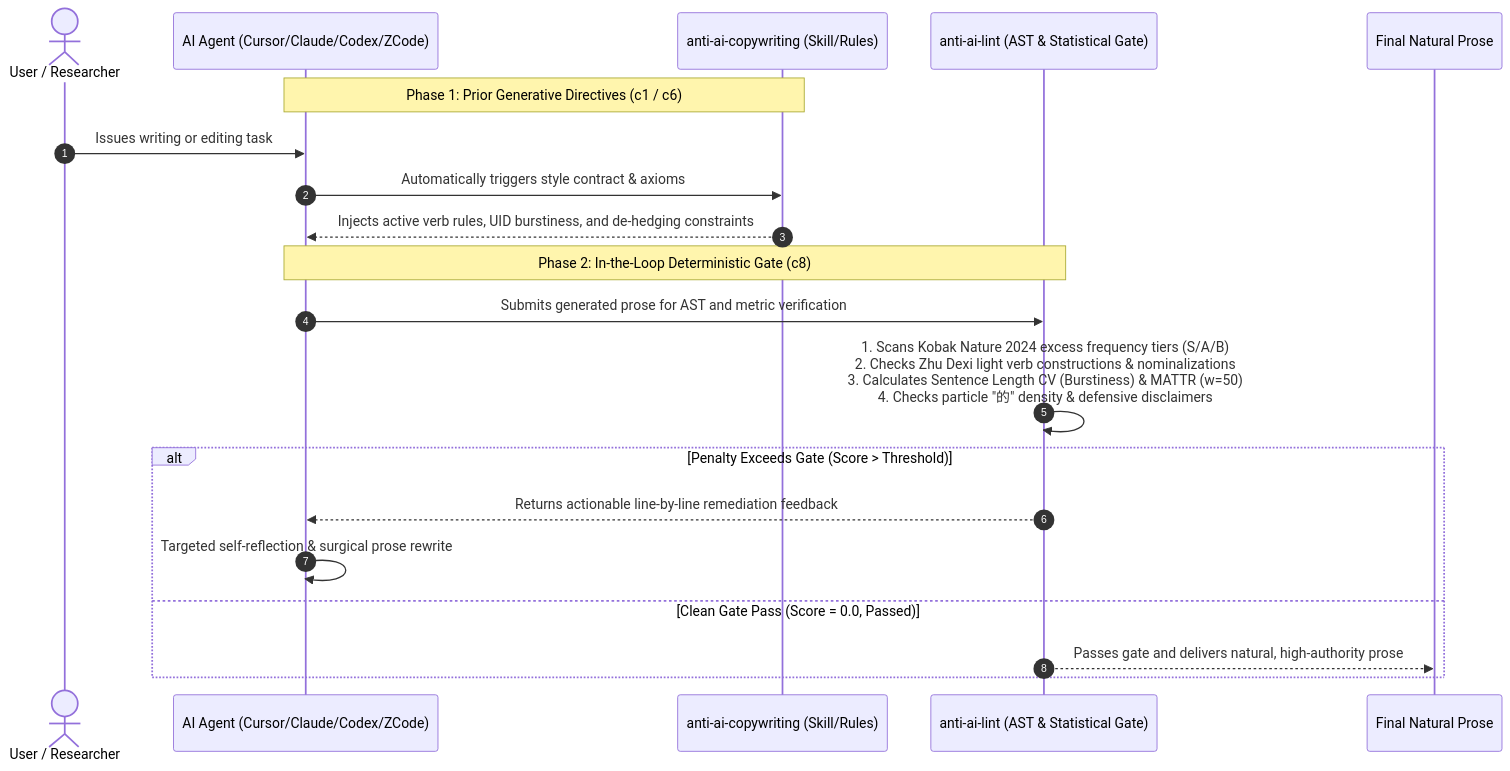
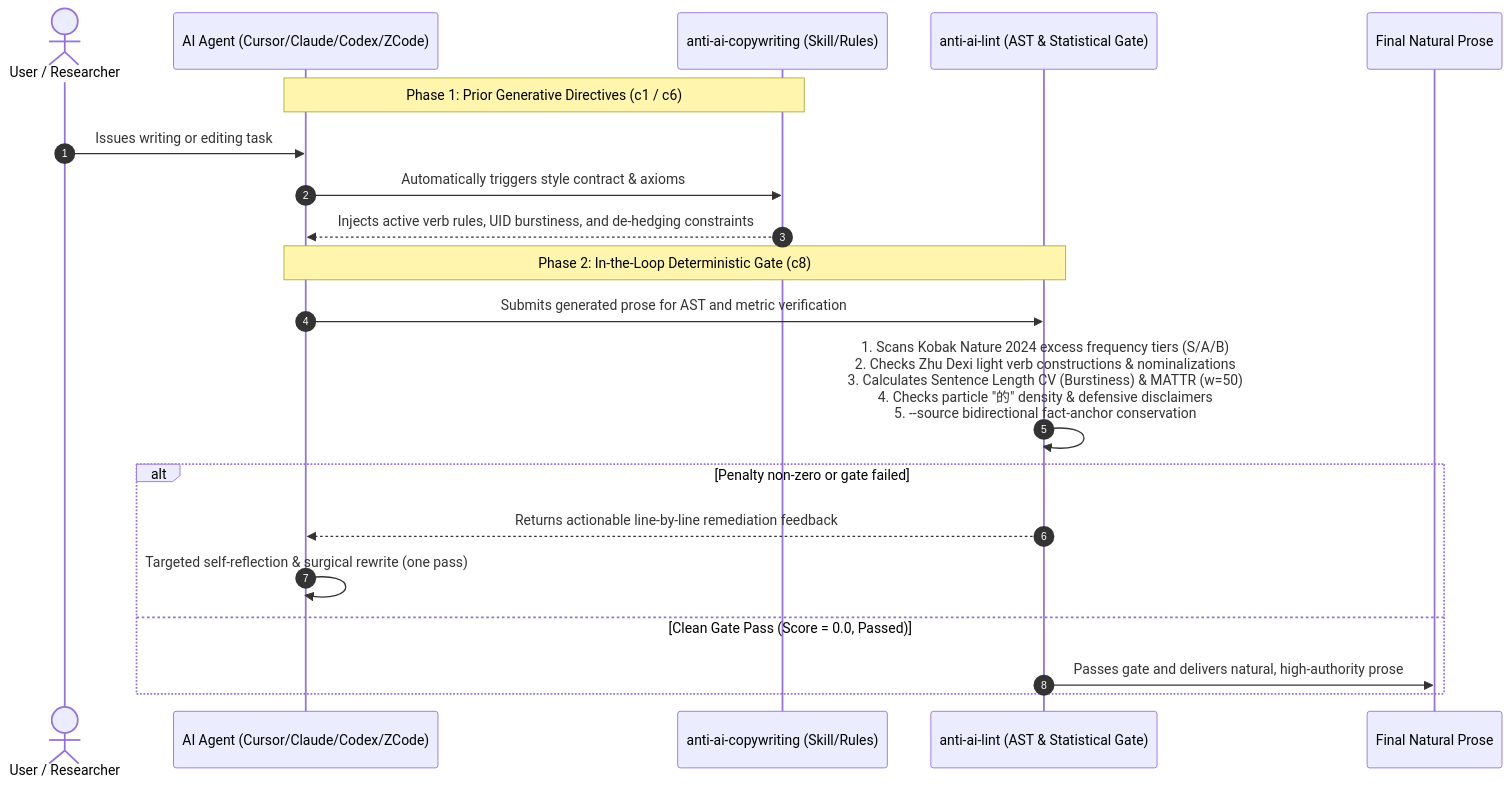
Before and after one commit to CalebChen941028/anti-ai-copywriting: the first of 2 diagrams in docs/BENCHMARK_REPORT.md, drawn with Mermaid. The commit also changed other lines of this file and 22 other files, not shown here.

````diff
--- a/docs/BENCHMARK_REPORT.md
+++ b/docs/BENCHMARK_REPORT.md
@@ -37,24 +51,24 @@
 ```mermaid
 sequenceDiagram
     autonumber
     actor User as User / Researcher
     participant Agent as AI Agent (Cursor/Claude/Codex/ZCode)
     participant Engine as anti-ai-copywriting (Skill/Rules)
     participant Lint as anti-ai-lint (AST & Statistical Gate)
     participant Doc as Final Natural Prose
 
     Note over Agent,Engine: Phase 1: Prior Generative Directives (c1 / c6)
     User->>Agent: Issues writing or editing task
     Agent->>Engine: Automatically triggers style contract & axioms
     Engine-->>Agent: Injects active verb rules, UID burstiness, and de-hedging constraints
 
     Note over Agent,Lint: Phase 2: In-the-Loop Deterministic Gate (c8)
     Agent->>Lint: Submits generated prose for AST and metric verification
-    Lint->>Lint: 1. Scans Kobak Nature 2024 excess frequency tiers (S/A/B)<br/>2. Checks Zhu Dexi light verb constructions & nominalizations<br/>3. Calculates Sentence Length CV (Burstiness) & MATTR (w=50)<br/>4. Checks particle "的" density & defensive disclaimers
-    alt Penalty Exceeds Gate (Score > Threshold)
+    Lint->>Lint: 1. Scans Kobak Nature 2024 excess frequency tiers (S/A/B)<br/>2. Checks Zhu Dexi light verb constructions & nominalizations<br/>3. Calculates Sentence Length CV (Burstiness) & MATTR (w=50)<br/>4. Checks particle "的" density & defensive disclaimers<br/>5. --source bidirectional fact-anchor conservation
+    alt Penalty non-zero or gate failed
         Lint-->>Agent: Returns actionable line-by-line remediation feedback
-        Agent->>Agent: Targeted self-reflection & surgical prose rewrite
+        Agent->>Agent: Targeted self-reflection & surgical rewrite (one pass)
     else Clean Gate Pass (Score = 0.0, Passed)
-        Lint-->>Doc: Passes gate and delivers natural, high-authority prose
+        Lint->>Doc: Passes gate and delivers natural, high-authority prose
     end
 ```
````
